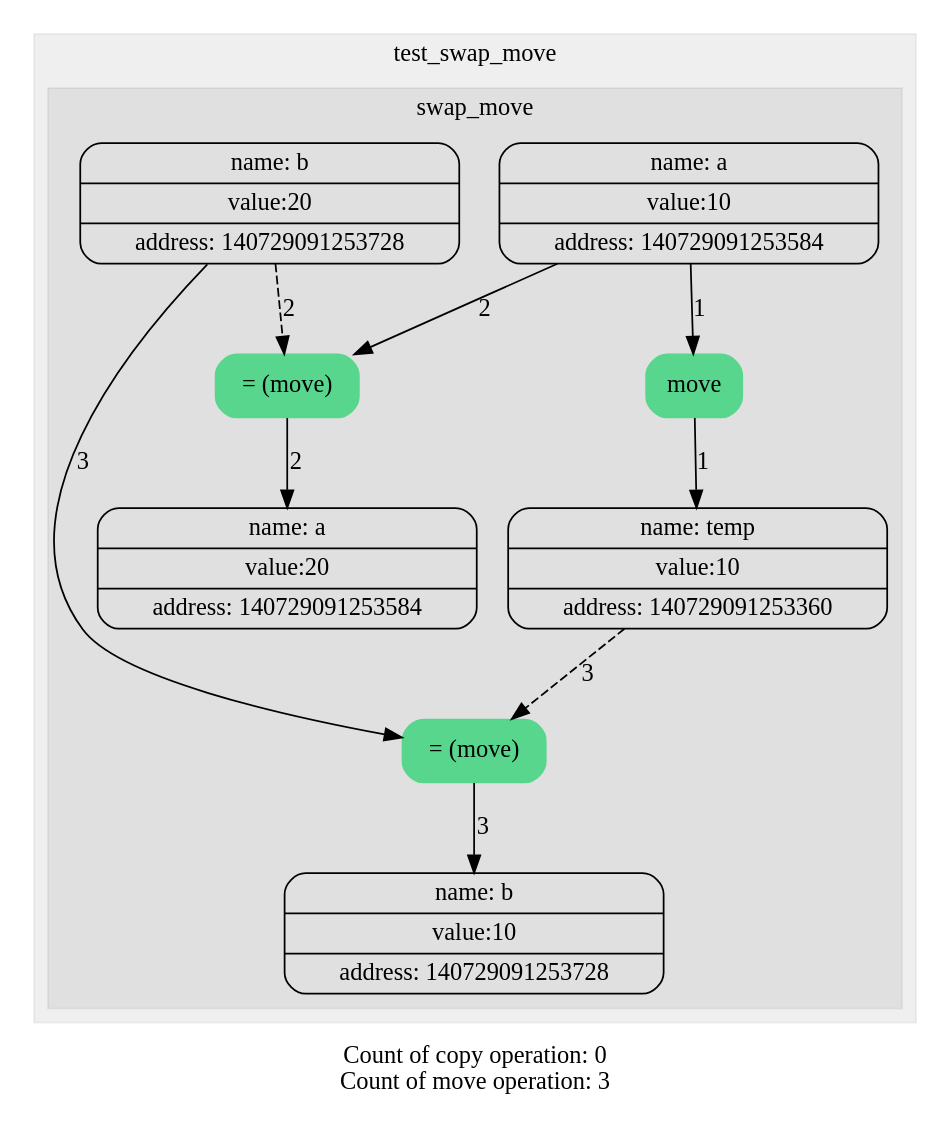
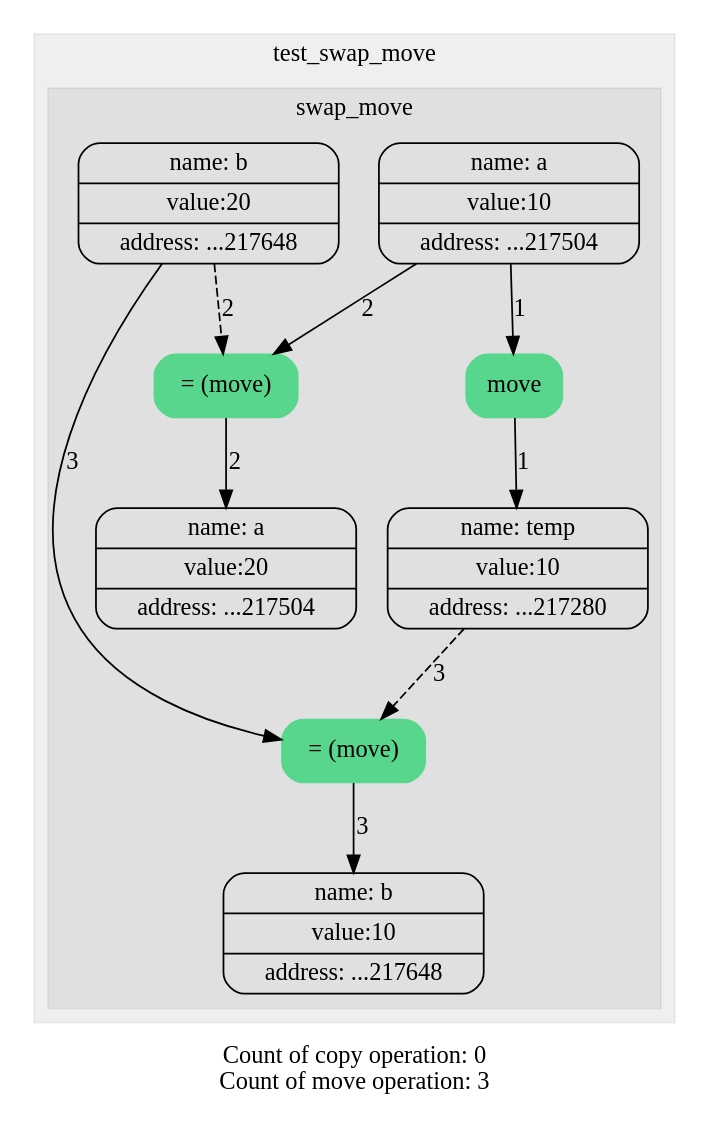
Before and after one commit to levasemin/Move_Semantic: the diagram in experiments/move_function/dot/graph_swap_move.dot, drawn with Graphviz. The commit also changed 50 other files, not shown here.

```diff
--- a/experiments/move_function/dot/graph_swap_move.dot
+++ b/experiments/move_function/dot/graph_swap_move.dot
@@ -1,35 +1,35 @@
 digraph G{
 trankdir=HR;
 node[shape=Mrecord];
 
 subgraph "cluster_0" {
 label = test_swap_move;
 style = filled
 color = "#00000010";
-1[label="{ {name: tmp0} | {value:10} | {address: 140729091253584}} " color=""style=""fontcolor=""];
-1[label="{ {name: a} | {value:10} | {address: 140729091253584}} " color=""style=""fontcolor=""];
-2[label="{ {name: tmp1} | {value:20} | {address: 140729091253728}} " color=""style=""fontcolor=""];
-2[label="{ {name: b} | {value:20} | {address: 140729091253728}} " color=""style=""fontcolor=""];
+1[label="{ {name: tmp0} | {value:10} | {address: ...217504}} " color=""style=""fontcolor=""];
+1[label="{ {name: a} | {value:10} | {address: ...217504}} " color=""style=""fontcolor=""];
+2[label="{ {name: tmp1} | {value:20} | {address: ...217648}} " color=""style=""fontcolor=""];
+2[label="{ {name: b} | {value:20} | {address: ...217648}} " color=""style=""fontcolor=""];
 subgraph "cluster_1" {
 label = swap_move;
 style = filled
 color = "#00000010";
 3[label = "move" color = "#58D68D" style = "filled" fontcolor = "" ];
 edge[style = "" color = ""label = "1"fontcolor = ""]1->3;
-4[label="{ {name: tmp2} | {value:10} | {address: 140729091253360}} " color=""style=""fontcolor=""];
+4[label="{ {name: tmp2} | {value:10} | {address: ...217280}} " color=""style=""fontcolor=""];
 edge[style = "" color = ""label = "1"fontcolor = ""]3->4;
-4[label="{ {name: temp} | {value:10} | {address: 140729091253360}} " color=""style=""fontcolor=""];
+4[label="{ {name: temp} | {value:10} | {address: ...217280}} " color=""style=""fontcolor=""];
 5[label = "= (move)" color = "#58D68D" style = "filled" fontcolor = "" ];
 edge[style = "" color = ""label = "2"fontcolor = ""]1->5;
 edge[style = "dashed" color = ""label = "2"fontcolor = ""]2->5;
-6[label="{ {name: a} | {value:20} | {address: 140729091253584}} " color=""style=""fontcolor=""];
+6[label="{ {name: a} | {value:20} | {address: ...217504}} " color=""style=""fontcolor=""];
 edge[style = "" color = ""label = "2"fontcolor = ""]5->6;
 7[label = "= (move)" color = "#58D68D" style = "filled" fontcolor = "" ];
 edge[style = "" color = ""label = "3"fontcolor = ""]2->7;
 edge[style = "dashed" color = ""label = "3"fontcolor = ""]4->7;
-8[label="{ {name: b} | {value:10} | {address: 140729091253728}} " color=""style=""fontcolor=""];
+8[label="{ {name: b} | {value:10} | {address: ...217648}} " color=""style=""fontcolor=""];
 edge[style = "" color = ""label = "3"fontcolor = ""]7->8;
 }
 }
 label="Count of copy operation: 0
 Count of move operation: 3"}
```
